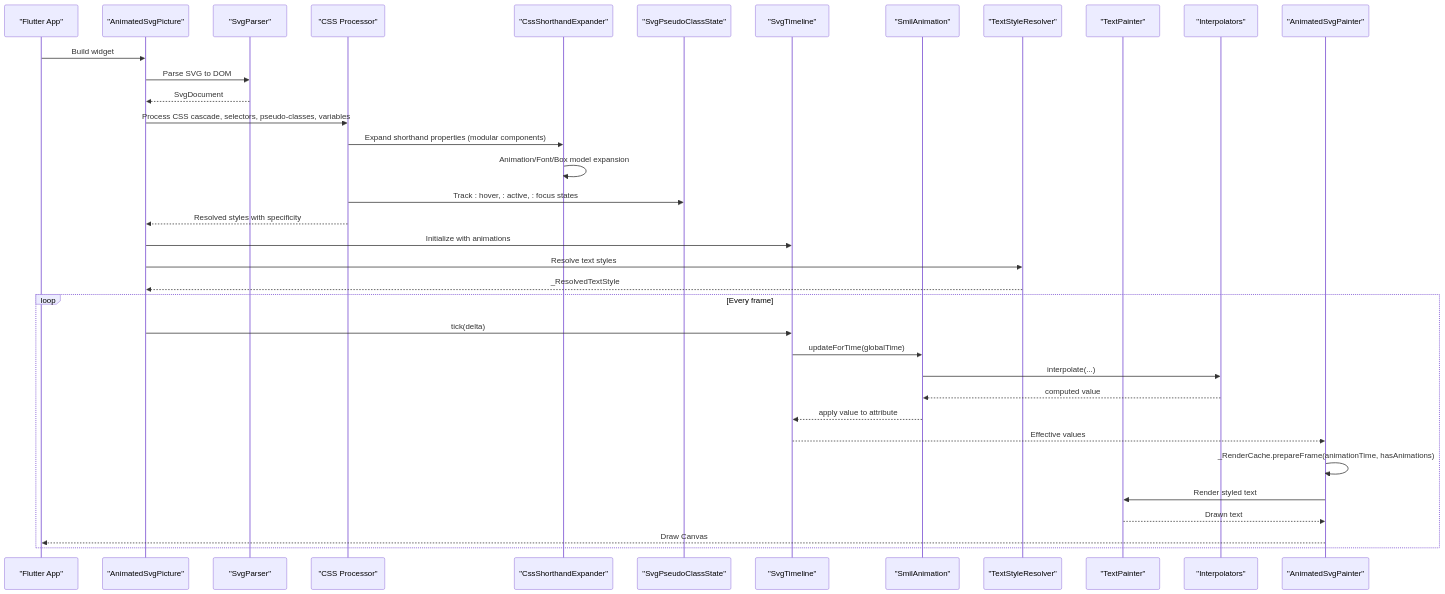
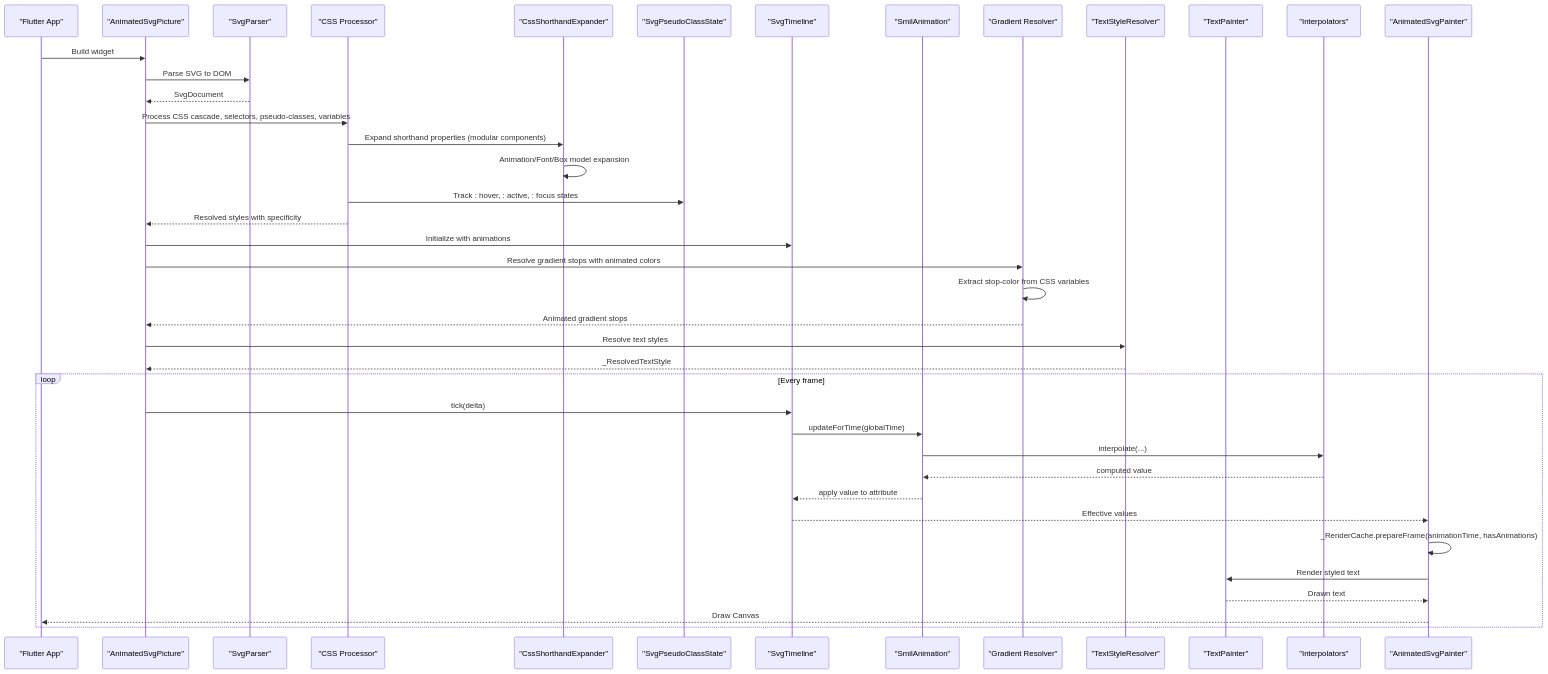
Before and after one commit to denisnadey/flutter_full_svg_support: the second of 18 diagrams in .qoder/repowiki/en/content/Animated SVG Support/Advanced Animation Features/Advanced Animation Features.md, drawn with Mermaid. The commit also changed other lines of this file and 8 other files, not shown here.

First line of the commit message:
feat(animation): add comprehensive stop-color animation support for gradient elements

````diff
--- a/.qoder/repowiki/en/content/Animated SVG Support/Advanced Animation Features/Advanced Animation Features.md
+++ b/.qoder/repowiki/en/content/Animated SVG Support/Advanced Animation Features/Advanced Animation Features.md
@@ -281,38 +304,42 @@
 ```mermaid
 sequenceDiagram
 participant App as "Flutter App"
 participant Picture as "AnimatedSvgPicture"
 participant Parser as "SvgParser"
 participant CssProcessor as "CSS Processor"
 participant ShorthandExpander as "CssShorthandExpander"
 participant PseudoState as "SvgPseudoClassState"
 participant Timeline as "SvgTimeline"
 participant Anim as "SmilAnimation"
+participant GradientResolver as "Gradient Resolver"
 participant TextStyle as "TextStyleResolver"
 participant TextPaint as "TextPainter"
 participant Interp as "Interpolators"
 participant Renderer as "AnimatedSvgPainter"
 App->>Picture : Build widget
 Picture->>Parser : Parse SVG to DOM
 Parser-->>Picture : SvgDocument
 Picture->>CssProcessor : Process CSS cascade, selectors, pseudo-classes, variables
 CssProcessor->>ShorthandExpander : Expand shorthand properties (modular components)
 ShorthandExpander->>ShorthandExpander : Animation/Font/Box model expansion
 CssProcessor->>PseudoState : Track : hover, : active, : focus states
 CssProcessor-->>Picture : Resolved styles with specificity
 Picture->>Timeline : Initialize with animations
+Picture->>GradientResolver : Resolve gradient stops with animated colors
+GradientResolver->>GradientResolver : Extract stop-color from CSS variables
+GradientResolver-->>Picture : Animated gradient stops
 Picture->>TextStyle : Resolve text styles
 TextStyle-->>Picture : _ResolvedTextStyle
 loop Every frame
 Picture->>Timeline : tick(delta)
 Timeline->>Anim : updateForTime(globalTime)
 Anim->>Interp : interpolate(...)
 Interp-->>Anim : computed value
 Anim-->>Timeline : apply value to attribute
 Timeline-->>Renderer : Effective values
 Renderer->>Renderer : _RenderCache.prepareFrame(animationTime, hasAnimations)
 Renderer->>TextPaint : Render styled text
 TextPaint-->>Renderer : Drawn text
 Renderer-->>App : Draw Canvas
 end
 ```
````
